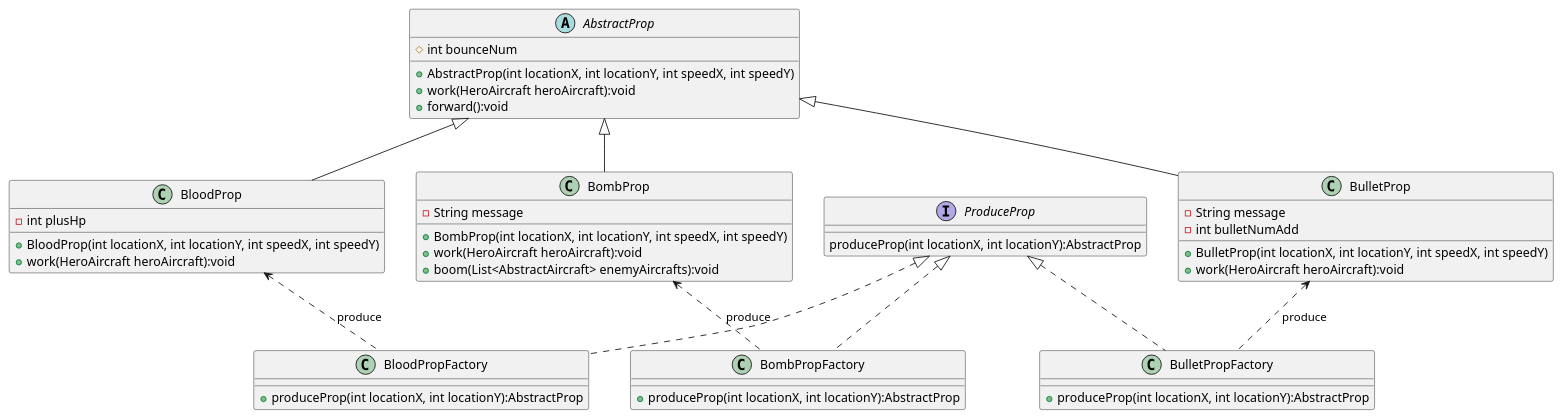
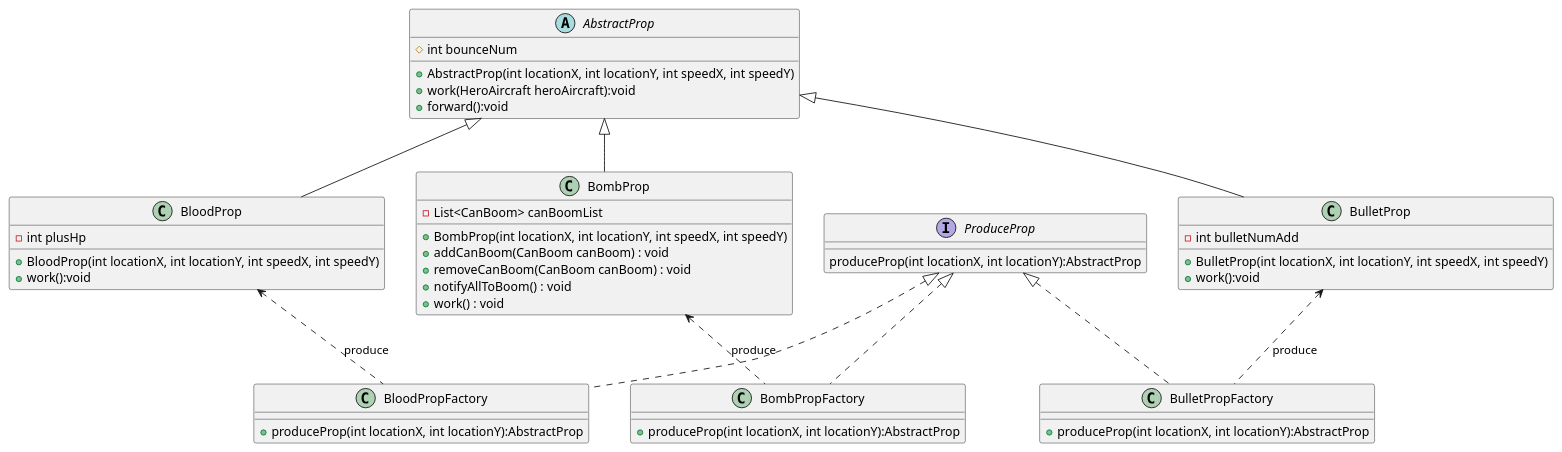
Before and after one commit to KKjimmie/AircraftWar: the diagram in uml/PropFactory.puml, drawn with PlantUML. The commit also changed 72 other files, not shown here.

```diff
--- a/uml/PropFactory.puml
+++ b/uml/PropFactory.puml
@@ -1,60 +1,61 @@
 @startuml
 'https://plantuml.com/class-diagram
 
 abstract class AbstractProp
 {
     # int bounceNum
     + AbstractProp(int locationX, int locationY, int speedX, int speedY)
     + work(HeroAircraft heroAircraft):void
     + forward():void
 }
 
 class BloodProp {
     - int plusHp
     + BloodProp(int locationX, int locationY, int speedX, int speedY)
-    + work(HeroAircraft heroAircraft):void
+    + work():void
 }
 
-class BombProp {
-    - String message
+class BombProp{
+    - List<CanBoom> canBoomList
     + BombProp(int locationX, int locationY, int speedX, int speedY)
-    + work(HeroAircraft heroAircraft):void
-    + boom(List<AbstractAircraft> enemyAircrafts):void
+    + addCanBoom(CanBoom canBoom) : void
+    + removeCanBoom(CanBoom canBoom) : void
+    + notifyAllToBoom() : void
+    + work() : void
 }
 
 class BulletProp{
-    - String message
     - int bulletNumAdd
     + BulletProp(int locationX, int locationY, int speedX, int speedY)
-    + work(HeroAircraft heroAircraft):void
+    + work():void
 }
 
 interface ProduceProp{
     produceProp(int locationX, int locationY):AbstractProp
 }
 
 class BloodPropFactory{
     + produceProp(int locationX, int locationY):AbstractProp
 }
 
 class BombPropFactory{
     + produceProp(int locationX, int locationY):AbstractProp
 }
 
 class BulletPropFactory{
     + produceProp(int locationX, int locationY):AbstractProp
 }
 
 AbstractProp <|-- BloodProp
 AbstractProp <|-- BombProp
 AbstractProp <|-- BulletProp
 
 ProduceProp <|.. BloodPropFactory
 ProduceProp <|.. BombPropFactory
 ProduceProp <|.. BulletPropFactory
 
 
 BloodProp <.. BloodPropFactory : produce
 BombProp <.. BombPropFactory : produce
 BulletProp <.. BulletPropFactory : produce
 @enduml
```
